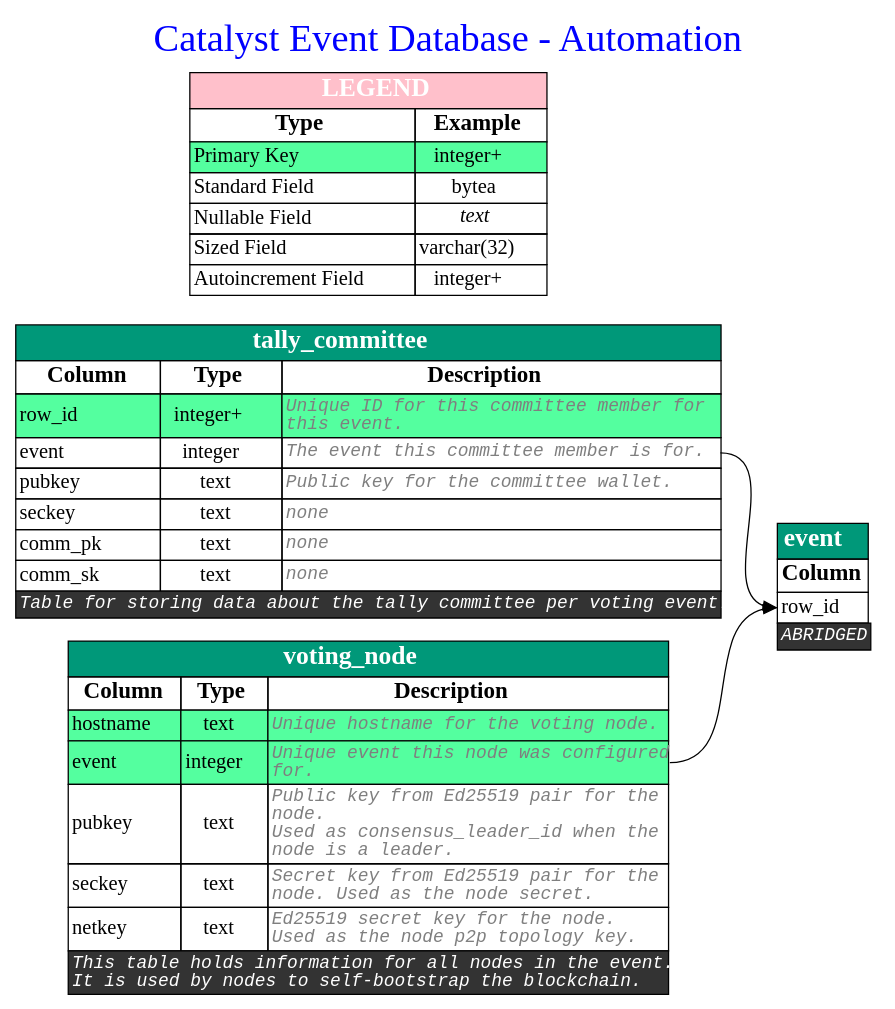
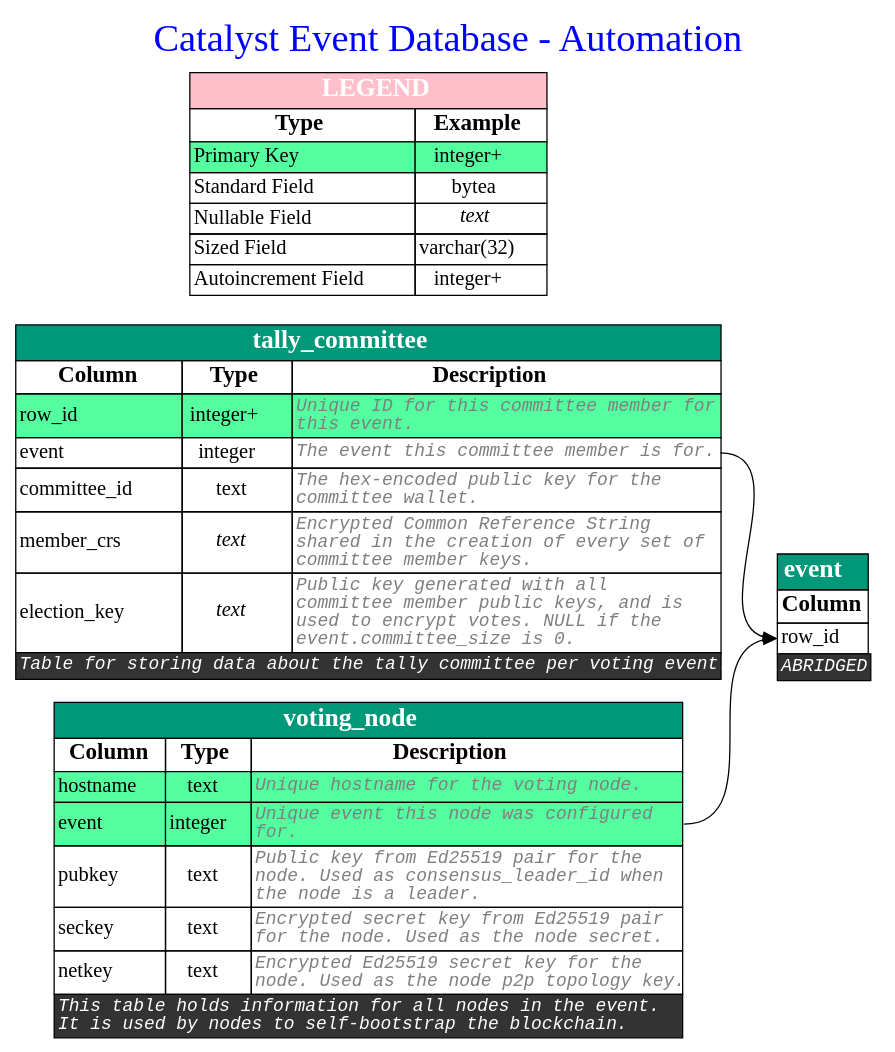
The diagram in create-committee-keysets/08_event-db/db-diagrams/event-db-automation.dot (input-output-hk/catalyst-core), drawn with Graphviz before and after one commit. The commit also changed 8 other files, not shown here.

```diff
--- a/create-committee-keysets/08_event-db/db-diagrams/event-db-automation.dot
+++ b/create-committee-keysets/08_event-db/db-diagrams/event-db-automation.dot
@@ -47,27 +47,21 @@
             </tr>
             
             <tr>
-                <td port="pubkey"  align='text'><font>pubkey</font><br align='left'/></td>
+                <td port="committee_id"  align='text'><font>committee_id</font><br align='left'/></td>
                 <td   ><font>text</font></td>
-                <td port="pubkey_out"  align='text'><font color='grey50' face='Monospace' point-size='14' ><i>Public key for the committee wallet.</i><br align="left"/></font></td>
+                <td port="committee_id_out"  align='text'><font color='grey50' face='Monospace' point-size='14' ><i>The hex-encoded public key for the<br align='left'/>committee wallet.</i><br align="left"/></font></td>
             </tr>
             
             <tr>
-                <td port="seckey"  align='text'><font>seckey</font><br align='left'/></td>
-                <td   ><font>text</font></td>
-                <td port="seckey_out"  align='text'><font color='grey50' face='Monospace' point-size='14' ><i>none</i><br align="left"/></font></td>
+                <td port="member_crs"  align='text'><font>member_crs</font><br align='left'/></td>
+                <td   ><font><i>text</i></font></td>
+                <td port="member_crs_out"  align='text'><font color='grey50' face='Monospace' point-size='14' ><i>Encrypted Common Reference String<br align='left'/>shared in the creation of every set of<br align='left'/>committee member keys.</i><br align="left"/></font></td>
             </tr>
             
             <tr>
-                <td port="comm_pk"  align='text'><font>comm_pk</font><br align='left'/></td>
-                <td   ><font>text</font></td>
-                <td port="comm_pk_out"  align='text'><font color='grey50' face='Monospace' point-size='14' ><i>none</i><br align="left"/></font></td>
-            </tr>
-            
-            <tr>
-                <td port="comm_sk"  align='text'><font>comm_sk</font><br align='left'/></td>
-                <td   ><font>text</font></td>
-                <td port="comm_sk_out"  align='text'><font color='grey50' face='Monospace' point-size='14' ><i>none</i><br align="left"/></font></td>
+                <td port="election_key"  align='text'><font>election_key</font><br align='left'/></td>
+                <td   ><font><i>text</i></font></td>
+                <td port="election_key_out"  align='text'><font color='grey50' face='Monospace' point-size='14' ><i>Public key generated with all<br align='left'/>committee member public keys, and is<br align='left'/>used to encrypt votes. NULL if the<br align='left'/>event.committee_size is 0.</i><br align="left"/></font></td>
             </tr>
             
 
@@ -111,19 +105,19 @@
             <tr>
                 <td port="pubkey"  align='text'><font>pubkey</font><br align='left'/></td>
                 <td   ><font>text</font></td>
-                <td port="pubkey_out"  align='text'><font color='grey50' face='Monospace' point-size='14' ><i>Public key from Ed25519 pair for the<br align='left'/>node.<br align='left'/>Used as consensus_leader_id when the<br align='left'/>node is a leader.</i><br align="left"/></font></td>
+                <td port="pubkey_out"  align='text'><font color='grey50' face='Monospace' point-size='14' ><i>Public key from Ed25519 pair for the<br align='left'/>node. Used as consensus_leader_id when<br align='left'/>the node is a leader.</i><br align="left"/></font></td>
             </tr>
             
             <tr>
                 <td port="seckey"  align='text'><font>seckey</font><br align='left'/></td>
                 <td   ><font>text</font></td>
-                <td port="seckey_out"  align='text'><font color='grey50' face='Monospace' point-size='14' ><i>Secret key from Ed25519 pair for the<br align='left'/>node. Used as the node secret.</i><br align="left"/></font></td>
+                <td port="seckey_out"  align='text'><font color='grey50' face='Monospace' point-size='14' ><i>Encrypted secret key from Ed25519 pair<br align='left'/>for the node. Used as the node secret.</i><br align="left"/></font></td>
             </tr>
             
             <tr>
                 <td port="netkey"  align='text'><font>netkey</font><br align='left'/></td>
                 <td   ><font>text</font></td>
-                <td port="netkey_out"  align='text'><font color='grey50' face='Monospace' point-size='14' ><i>Ed25519 secret key for the node.<br align='left'/>Used as the node p2p topology key.</i><br align="left"/></font></td>
+                <td port="netkey_out"  align='text'><font color='grey50' face='Monospace' point-size='14' ><i>Encrypted Ed25519 secret key for the<br align='left'/>node. Used as the node p2p topology key.</i><br align="left"/></font></td>
             </tr>
             
 
```
